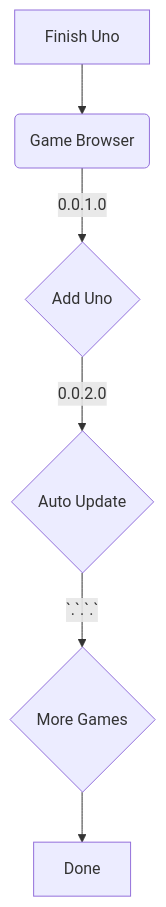
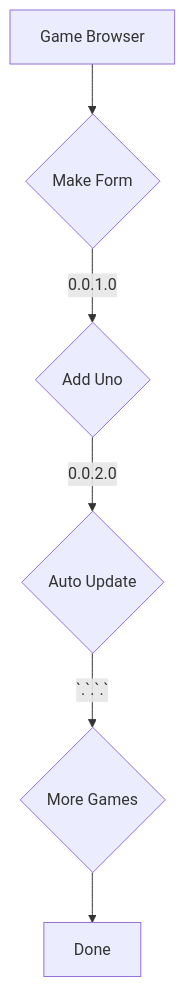
Before and after one commit to Travis-DV/GamesRepo: the diagram in README.md, drawn with Mermaid. The commit also changed other lines of this file, not shown here.

````diff
--- a/README.md
+++ b/README.md
@@ -1,9 +14,8 @@
 ```mermaid
 graph TD;
-    A[Finish Uno]-->B(Game Browser);
-    B-->|0.0.1.0| C{Add Uno};
-    C-->|0.0.2.0| D{Auto Update};
-    D-->|`.`.`.`| E{More Games};
-
-    E-->Z[Done];
+    A[Game Browser] --> B{Make Form};
+    B --> |0.0.1.0| C{Add Uno};
+    C --> |0.0.2.0| D{Auto Update};
+    D --> |`.`.`.`| E{More Games};
+    E --> Z[Done];
 ```
````
